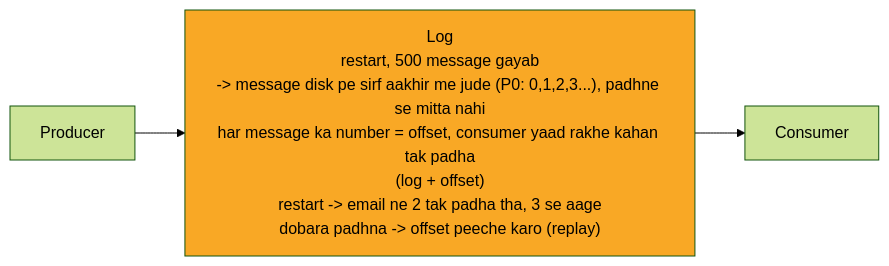
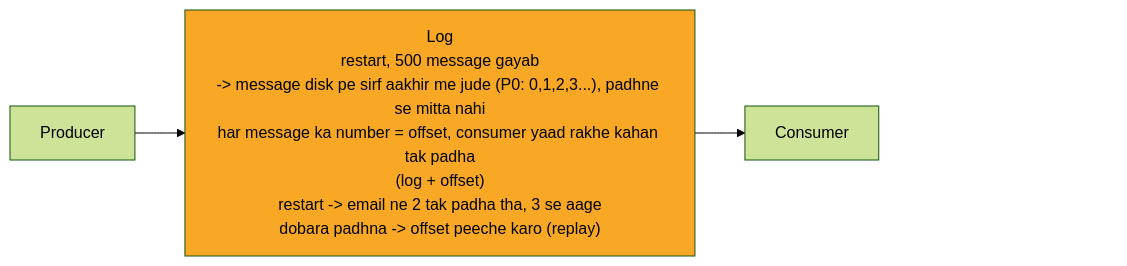
Before and after one commit to ArpanMaheshwari144/Prep: the second of 12 diagrams in 04_HLD/SYSTEM_DESIGNS/12_message_queue_kafka/12_message_queue_kafka.md, drawn with Mermaid (forest theme). The commit also changed other lines of this file and 13 other files, not shown here.

Commit message:
hld 14 file: har diagram ke daayein andekha dabba, zoom button asli dabbe pe na aaye

````diff
--- a/04_HLD/SYSTEM_DESIGNS/12_message_queue_kafka/12_message_queue_kafka.md
+++ b/04_HLD/SYSTEM_DESIGNS/12_message_queue_kafka/12_message_queue_kafka.md
@@ -96,10 +99,13 @@
 ```mermaid
 %%{init: {"flowchart": {"wrappingWidth": 450}}}%%
 flowchart LR
     n_P["Producer"]
     n_L["Log<br/>restart, 500 message gayab<br/>-> message disk pe sirf aakhir me jude (P0: 0,1,2,3...), padhne se mitta nahi<br/>har message ka number = offset, consumer yaad rakhe kahan tak padha<br/>(log + offset)<br/>restart -> email ne 2 tak padha tha, 3 se aage<br/>dobara padhna -> offset peeche karo (replay)"]
     n_C["Consumer"]
     n_P --> n_L
     n_L --> n_C
+    n_pad["xxxxxxxxxxxxxxxx"]
+    n_C ~~~ n_pad
     style n_L fill:#f9a825,color:#000
+    style n_pad fill:none,stroke:none,color:#ffffff00
 ```
````
